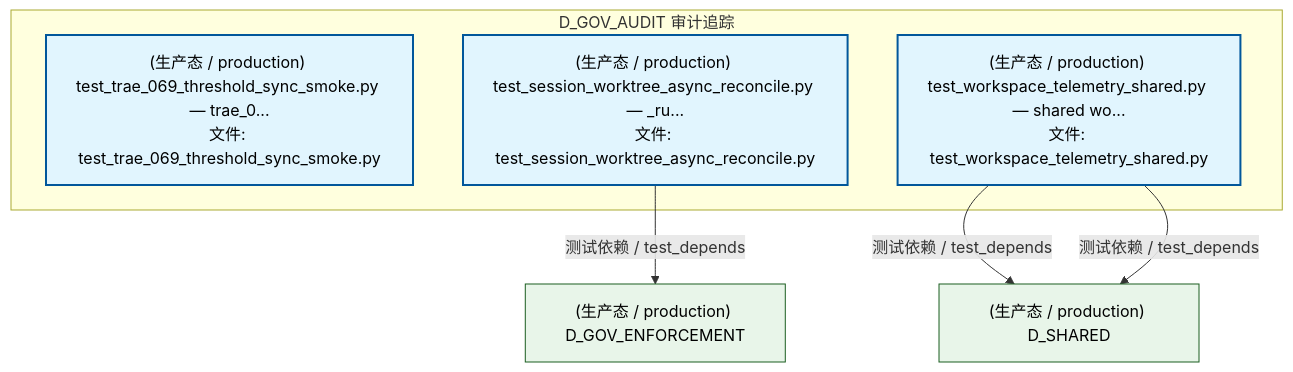
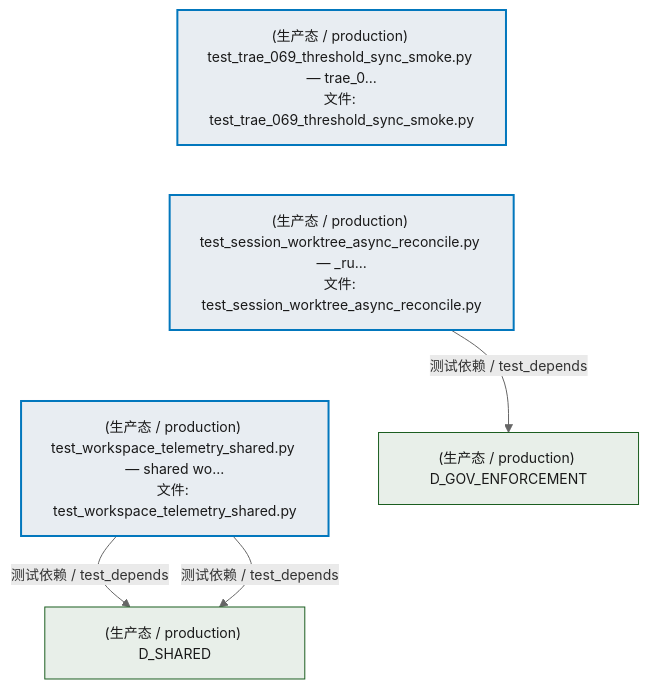
Before and after one commit to xuanFelixVan/ZephyrAlpha: the fifth of 8 diagrams in docs/02_enterprise_architecture/02_domain_architecture_docs/50_d_gov_audit.md, drawn with Mermaid. The commit also changed other lines of this file and 76 other files, not shown here.

````diff
--- a/docs/02_enterprise_architecture/02_domain_architecture_docs/50_d_gov_audit.md
+++ b/docs/02_enterprise_architecture/02_domain_architecture_docs/50_d_gov_audit.md
@@ -578,19 +685,20 @@
 ```mermaid
-graph TD
-    subgraph D_GOV_AUDIT["D_GOV_AUDIT 审计追踪"]
-        tests_governance_audit_test_trae_069_threshold_sync_smoke_py["(生产态 / production) test_trae_069_threshold_sync_smoke.py — trae_0...<br/>文件: test_trae_069_threshold_sync_smoke.py"]
-        tests_governance_rule_bridge_test_session_worktree_async_reconcile_py["(生产态 / production) test_session_worktree_async_reconcile.py — _ru...<br/>文件: test_session_worktree_async_reconcile.py"]
-        tests_governance_test_workspace_telemetry_shared_py["(生产态 / production) test_workspace_telemetry_shared.py — shared wo...<br/>文件: test_workspace_telemetry_shared.py"]
-    end
+%%{init: {'theme': 'base', 'themeVariables': {'primaryColor': '#eaeaea', 'primaryTextColor': '#333333', 'primaryBorderColor': '#666666', 'lineColor': '#666666', 'secondaryColor': '#eaeaea', 'tertiaryColor': '#eaeaea', 'fontSize': '14px'}}}%%
+flowchart TD
+    tests_governance_audit_test_trae_069_threshold_sync_smoke_py["(生产态 / production) test_trae_069_threshold_sync_smoke.py — trae_0...<br/>文件: test_trae_069_threshold_sync_smoke.py"]
+    tests_governance_rule_bridge_test_session_worktree_async_reconcile_py["(生产态 / production) test_session_worktree_async_reconcile.py — _ru...<br/>文件: test_session_worktree_async_reconcile.py"]
+    tests_governance_test_workspace_telemetry_shared_py["(生产态 / production) test_workspace_telemetry_shared.py — shared wo...<br/>文件: test_workspace_telemetry_shared.py"]
+    tests_governance_audit_test_trae_069_threshold_sync_smoke_py ~~~ tests_governance_rule_bridge_test_session_worktree_async_reconcile_py
+    tests_governance_rule_bridge_test_session_worktree_async_reconcile_py ~~~ tests_governance_test_workspace_telemetry_shared_py
     D_SHARED["(生产态 / production) D_SHARED"]
     tests_governance_test_workspace_telemetry_shared_py -->|测试依赖 / test_depends| D_SHARED
     tests_governance_test_workspace_telemetry_shared_py -->|测试依赖 / test_depends| D_SHARED
     D_GOV_ENFORCEMENT["(生产态 / production) D_GOV_ENFORCEMENT"]
     tests_governance_rule_bridge_test_session_worktree_async_reconcile_py -->|测试依赖 / test_depends| D_GOV_ENFORCEMENT
-    classDef production fill:#e1f5fe,stroke:#01579b,stroke-width:2px,color:#000
-    classDef design fill:#fff3e0,stroke:#e65100,stroke-width:2px,color:#000,stroke-dasharray: 5 5
-    classDef external_prod fill:#e8f5e9,stroke:#1b5e20,stroke-width:1px,color:#000
-    classDef external_design fill:#fce4ec,stroke:#880e4f,stroke-width:1px,color:#000,stroke-dasharray: 5 5
+    classDef production fill:#e8edf2,stroke:#0277bd,stroke-width:2px,color:#1a1a1a
+    classDef design fill:#f0ebe3,stroke:#bf360c,stroke-width:2px,color:#1a1a1a,stroke-dasharray: 5 5
+    classDef external_prod fill:#e8efe9,stroke:#1b5e20,stroke-width:1px,color:#1a1a1a
+    classDef external_design fill:#efe5ea,stroke:#880e4f,stroke-width:1px,color:#1a1a1a,stroke-dasharray: 5 5
     class tests_governance_audit_test_trae_069_threshold_sync_smoke_py,tests_governance_rule_bridge_test_session_worktree_async_reconcile_py,tests_governance_test_workspace_telemetry_shared_py production
     class D_SHARED,D_GOV_ENFORCEMENT external_prod
 ```
````
